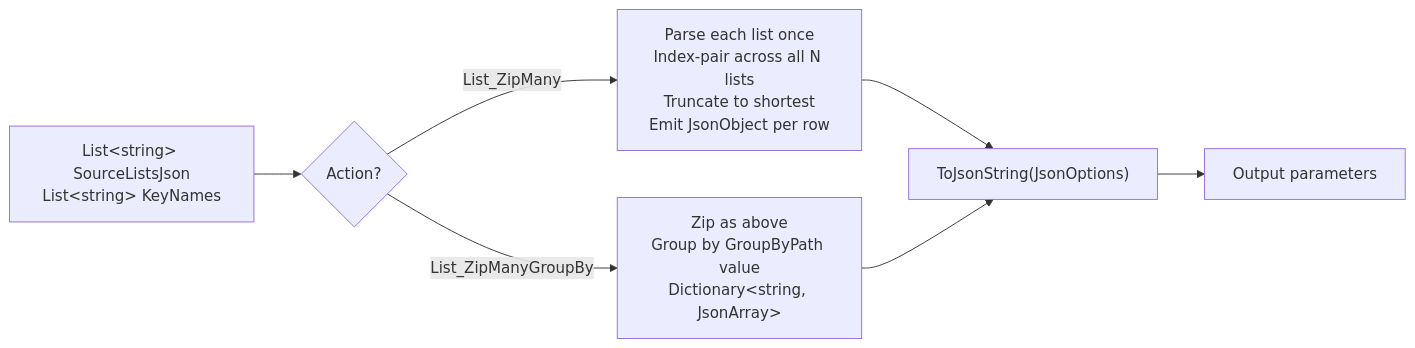
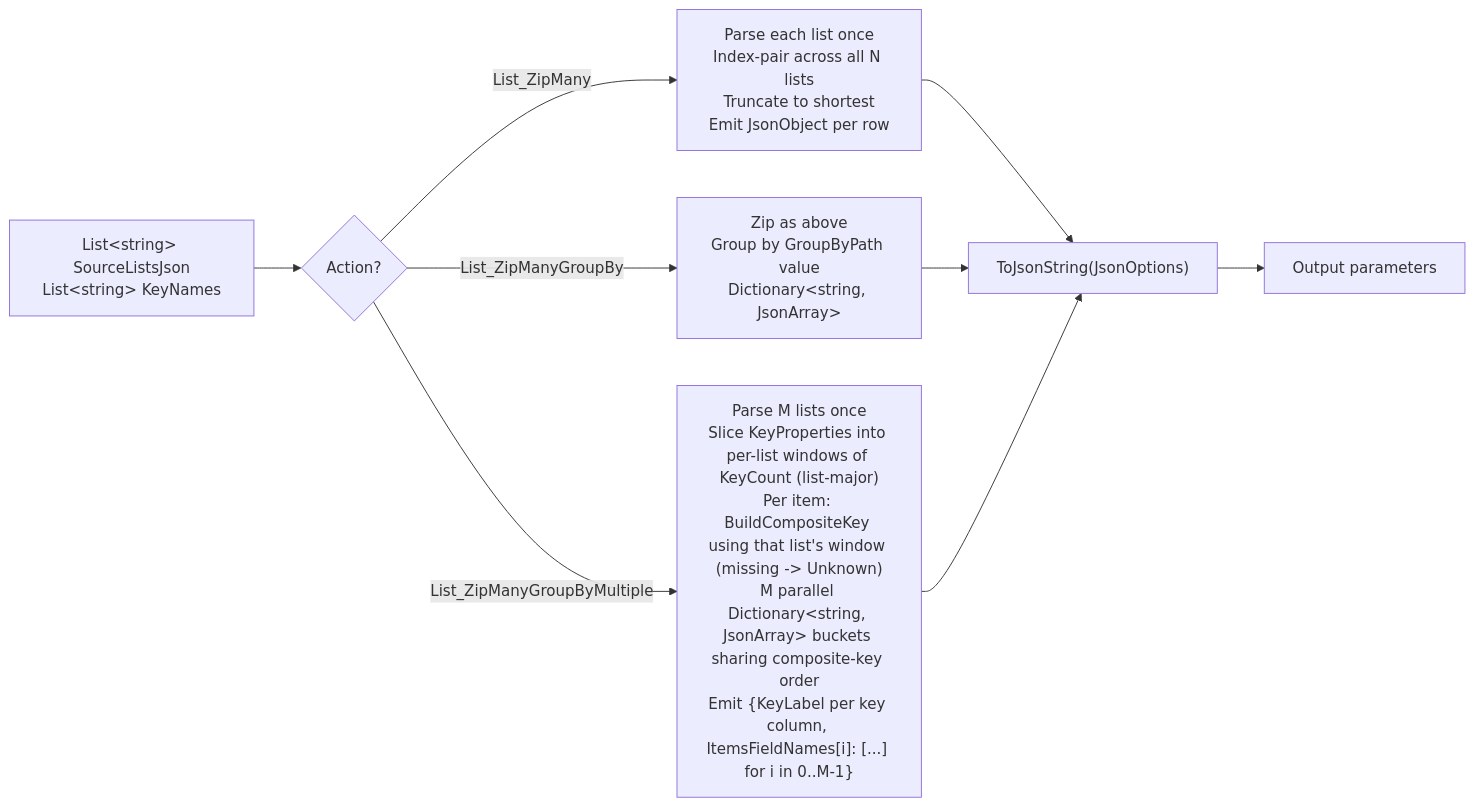
Before and after one commit to alex-cres/OSListUtilsServerSide: the sixth of 7 diagrams in ARCHITECTURE.md, drawn with Mermaid. The commit also changed other lines of this file and 20 other files, not shown here.

First line of the commit message:
feat(v0.6.0): add multi-key grouping actions (GroupByMultiple / ZipGroupByMultiple / ZipManyGroupByMultiple)

````diff
--- a/ARCHITECTURE.md
+++ b/ARCHITECTURE.md
@@ -170,9 +174,11 @@
 ```mermaid
 flowchart LR
     In["List&lt;string&gt; SourceListsJson<br/>List&lt;string&gt; KeyNames"] --> Type{Action?}
     Type -->|List_ZipMany| Zip["Parse each list once<br/>Index-pair across all N lists<br/>Truncate to shortest<br/>Emit JsonObject per row"]
     Type -->|List_ZipManyGroupBy| ZipGroup["Zip as above<br/>Group by GroupByPath value<br/>Dictionary&lt;string, JsonArray&gt;"]
+    Type -->|List_ZipManyGroupByMultiple| ZipGroupN["Parse M lists once<br/>Slice KeyProperties into per-list windows of KeyCount (list-major)<br/>Per item: BuildCompositeKey using that list's window (missing -> Unknown)<br/>M parallel Dictionary&lt;string, JsonArray&gt; buckets sharing composite-key order<br/>Emit {KeyLabel per key column, ItemsFieldNames[i]: [...] for i in 0..M-1}"]
     Zip --> Serialize["ToJsonString(JsonOptions)"]
     ZipGroup --> Serialize
+    ZipGroupN --> Serialize
     Serialize --> Out[Output parameters]
 ```
````
